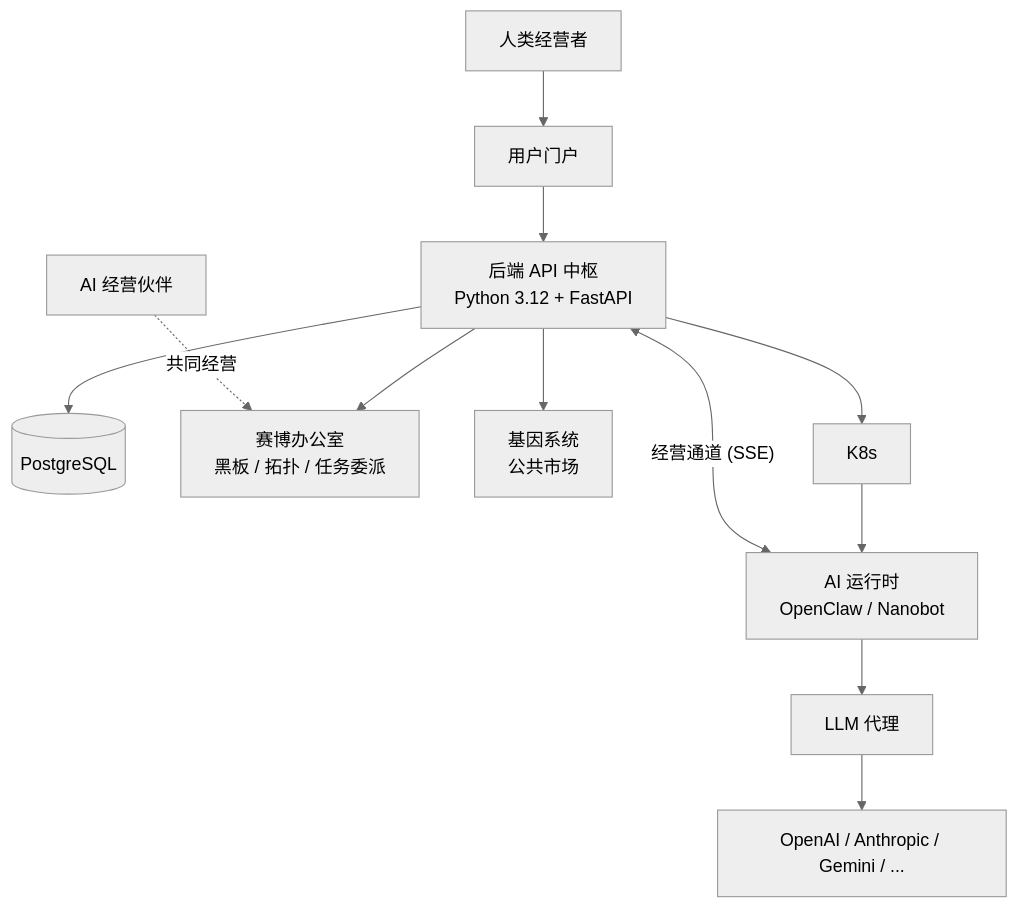
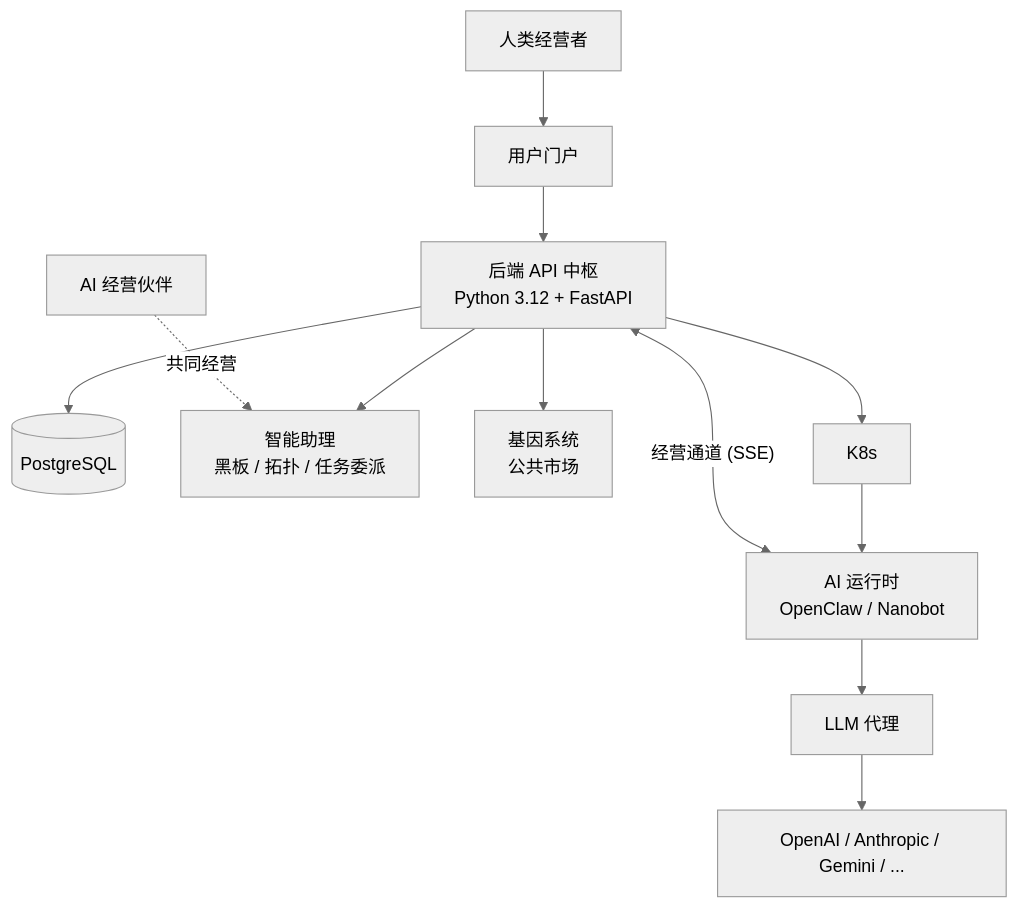
One commit to xiaoguo1224/tkclaw changed the diagram in README.zh-CN.md. Above: the diagram before and after it, drawn with Mermaid (neutral theme). The commit also changed other lines of this file and 11 other files, not shown here.

````diff
--- a/README.zh-CN.md
+++ b/README.zh-CN.md
@@ -43,16 +43,16 @@
 ```mermaid
 graph TD
     Human["人类经营者"] --> Portal["用户门户"]
     Portal --> API["后端 API 中枢<br>Python 3.12 + FastAPI"]
 
     API --> DB[(PostgreSQL)]
-    API --> CW["赛博办公室<br>黑板 / 拓扑 / 任务委派"]
+    API --> CW["智能助理<br>黑板 / 拓扑 / 任务委派"]
     API --> Gene["基因系统<br>公共市场"]
     API --> Compute["K8s"]
 
     Compute --> Runtime["AI 运行时<br>OpenClaw / Nanobot"]
     Runtime <-->|"经营通道 (SSE)"| API
     Runtime --> LLM["LLM 代理"] --> Providers["OpenAI / Anthropic / Gemini / ..."]
 
     AIPartners["AI 经营伙伴"] -.->|"共同经营"| CW
 ```
````
